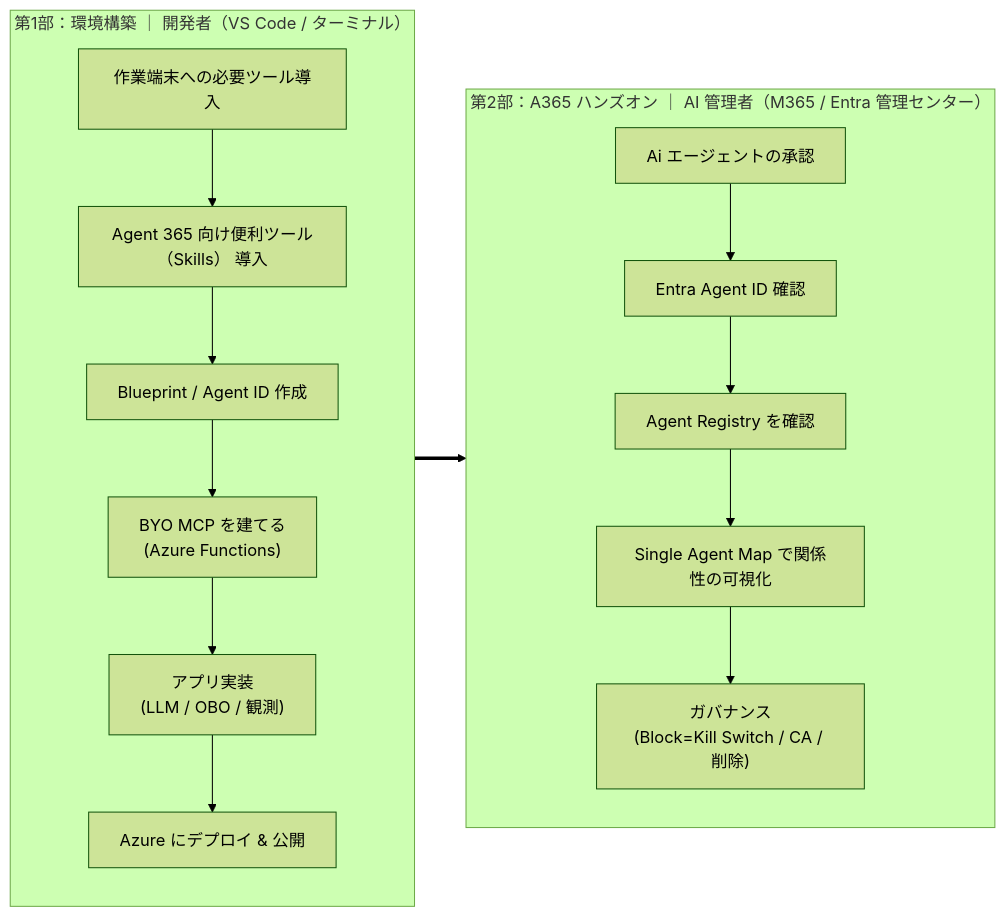
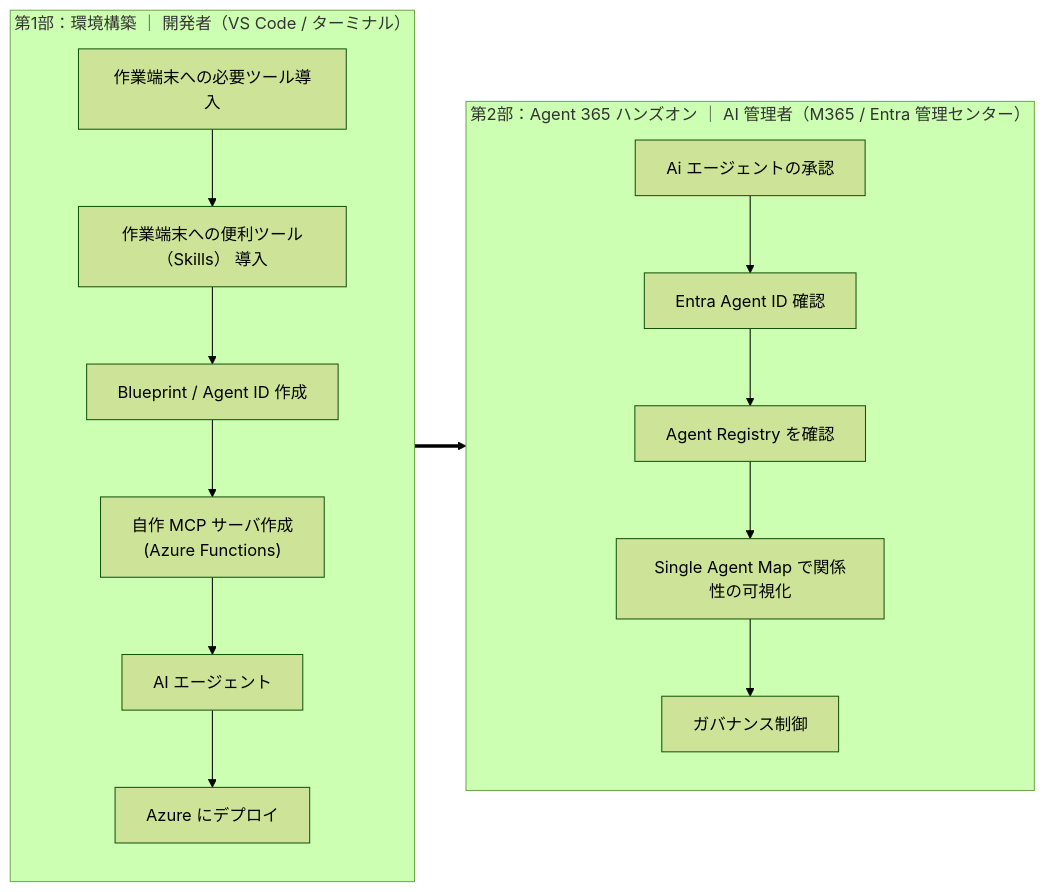
The diagram in README.MD (fatman3110/Agent365-Training), drawn with Mermaid (forest theme) before and after one commit. The commit also changed other lines of this file, not shown here.

Commit message:
docs: 略語A365を全てAgent 365に統一（識別子a365/Microsoft.Agents.A365等は据え置き）

````diff
--- a/README.MD
+++ b/README.MD
@@ -25,16 +25,16 @@
 ```mermaid
 flowchart LR
     subgraph P1["第1部：環境構築 ｜ 開発者（VS Code / ターミナル）"]
         direction TB
-        A1["作業端末への必要ツール導入"] --> A2["Agent 365 向け便利ツール（Skills） 導入"] --> A3["Blueprint / Agent ID 作成"]
-        A3 --> A4["BYO MCP を建てる<br/>(Azure Functions)"] --> A5["アプリ実装<br/>(LLM / OBO / 観測)"]
-        A5 --> A6["Azure にデプロイ & 公開"]
+        A1["作業端末への必要ツール導入"] --> A2["作業端末への便利ツール（Skills） 導入"] --> A3["Blueprint / Agent ID 作成"]
+        A3 --> A4["自作 MCP サーバ作成<br/>(Azure Functions)"] --> A5["AI エージェント"]
+        A5 --> A6["Azure にデプロイ"]
     end
-    subgraph P2["第2部：A365 ハンズオン ｜ AI 管理者（M365 / Entra 管理センター）"]
+    subgraph P2["第2部：Agent 365 ハンズオン ｜ AI 管理者（M365 / Entra 管理センター）"]
         direction TB
         B1["Ai エージェントの承認"] --> B2["Entra Agent ID 確認"]
         B2 --> B3["Agent Registry を確認"] --> B4["Single Agent Map で関係性の可視化"]
-        B4 --> B5["ガバナンス<br/>(Block=Kill Switch / CA / 削除)"]
+        B4 --> B5["ガバナンス制御"]
     end
     A6 ==> B1
 ```
````
